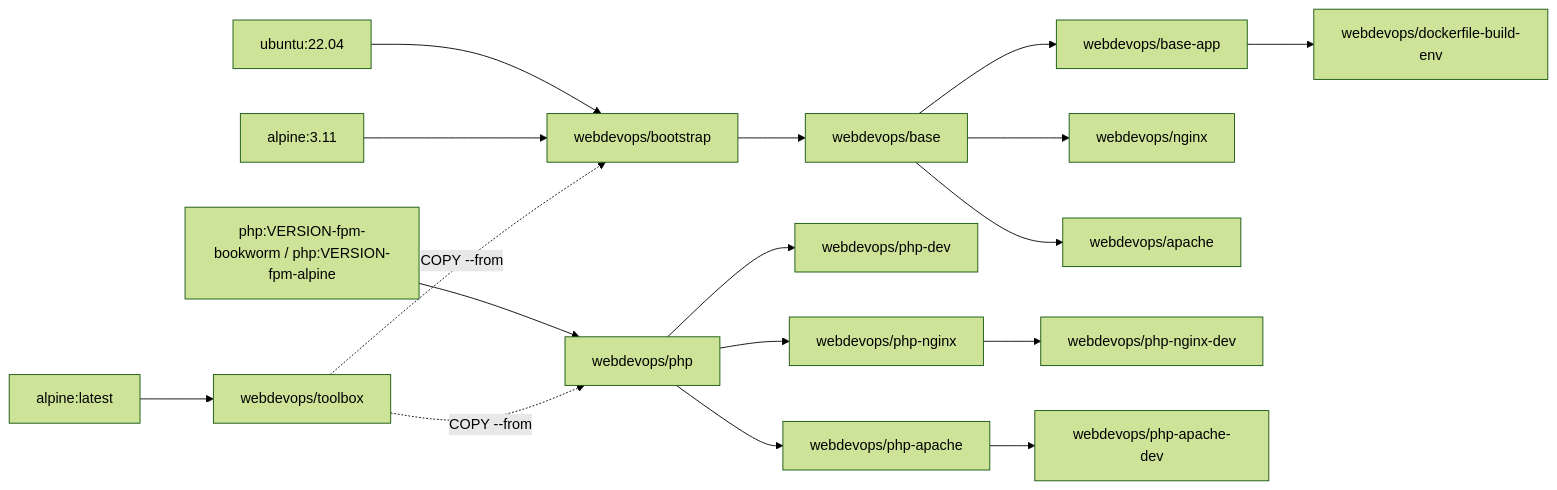
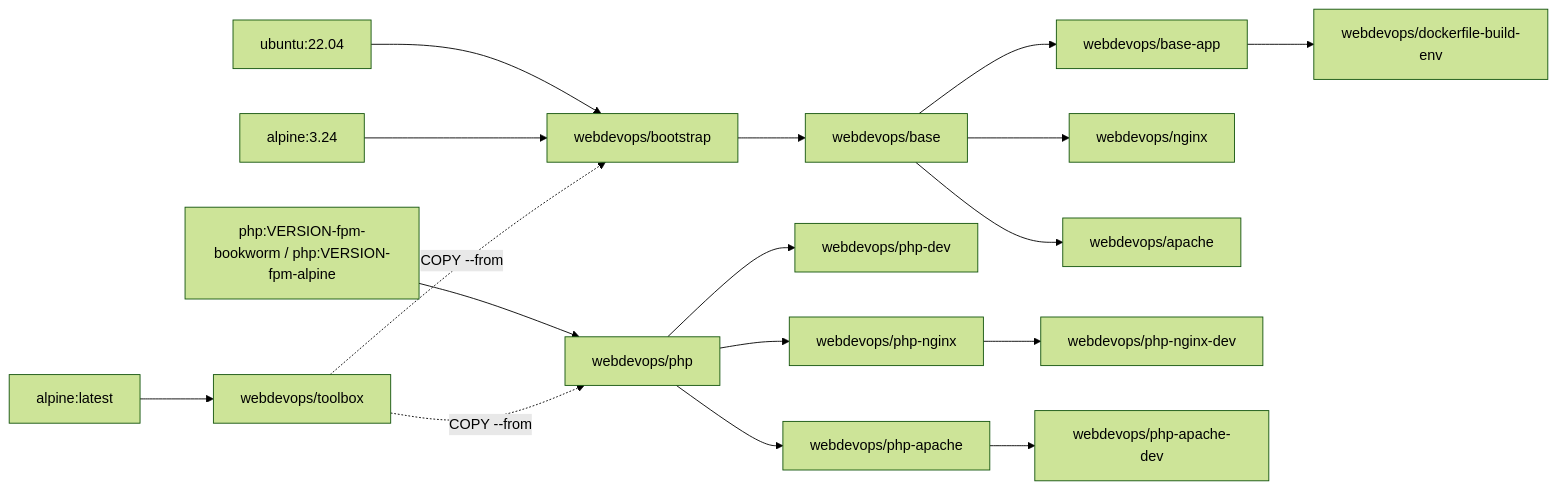
One commit to webdevops/Dockerfile changed the diagram in docs/README.md. Above: the diagram before and after it, drawn with Mermaid (forest theme). The commit also changed 24 other files, not shown here.

````diff
--- a/docs/README.md
+++ b/docs/README.md
@@ -44,19 +44,19 @@
 ```mermaid
 flowchart LR
   ubuntu["ubuntu:22.04"] --> bootstrap["webdevops/bootstrap"]
-  alpine311["alpine:3.11"] --> bootstrap
+  alpine324["alpine:3.24"] --> bootstrap
   bootstrap --> base["webdevops/base"]
   base --> baseapp["webdevops/base-app"]
   base --> nginx["webdevops/nginx"]
   base --> apache["webdevops/apache"]
   officialphp["php:VERSION-fpm-bookworm / php:VERSION-fpm-alpine"] --> php["webdevops/php"]
   php --> phpdev["webdevops/php-dev"]
   php --> phpnginx["webdevops/php-nginx"]
   php --> phpapache["webdevops/php-apache"]
   phpnginx --> phpnginxdev["webdevops/php-nginx-dev"]
   phpapache --> phpapachedev["webdevops/php-apache-dev"]
   alpine["alpine:latest"] --> toolbox["webdevops/toolbox"]
   baseapp --> buildenv["webdevops/dockerfile-build-env"]
   toolbox -. "COPY --from" .-> bootstrap
   toolbox -. "COPY --from" .-> php
 ```
````
